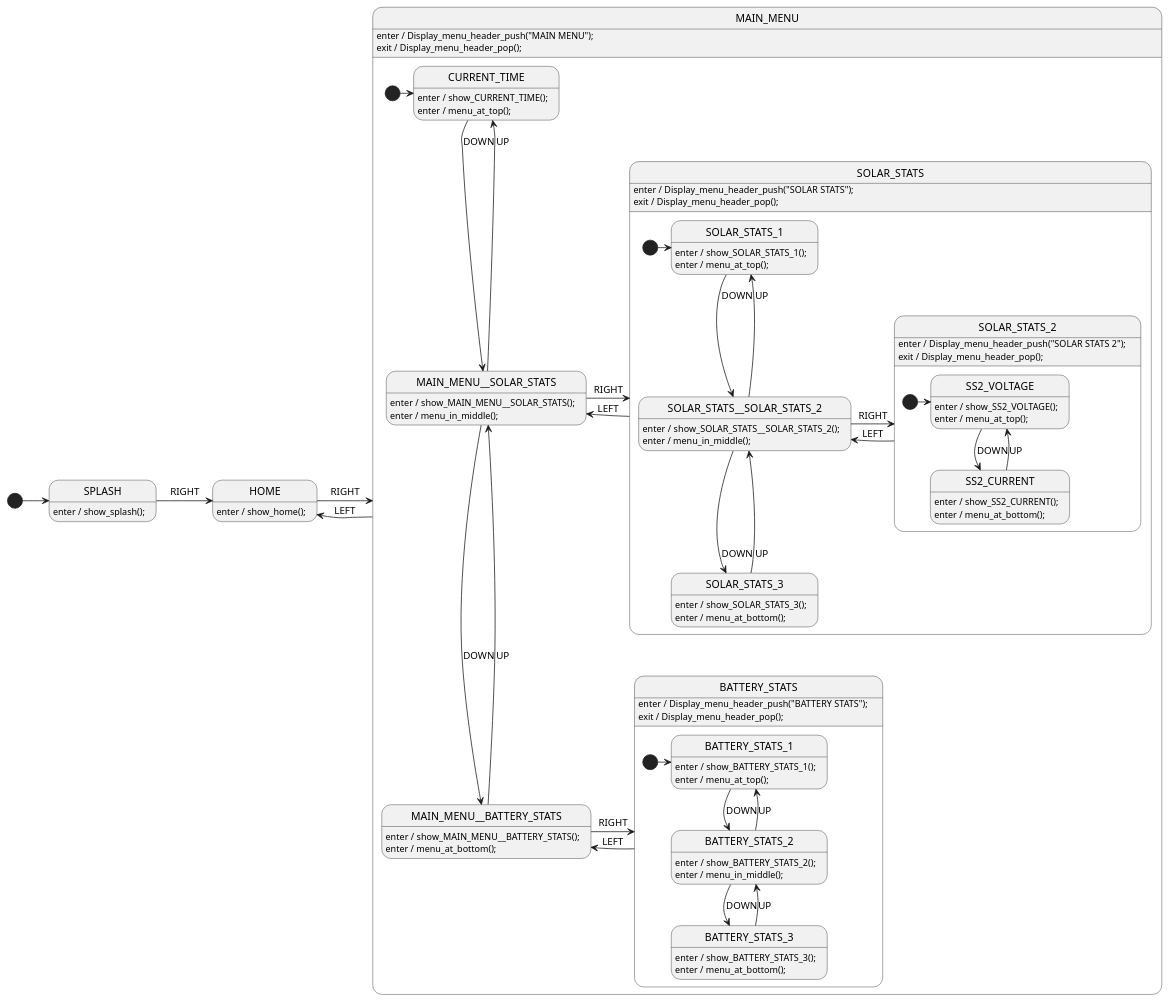
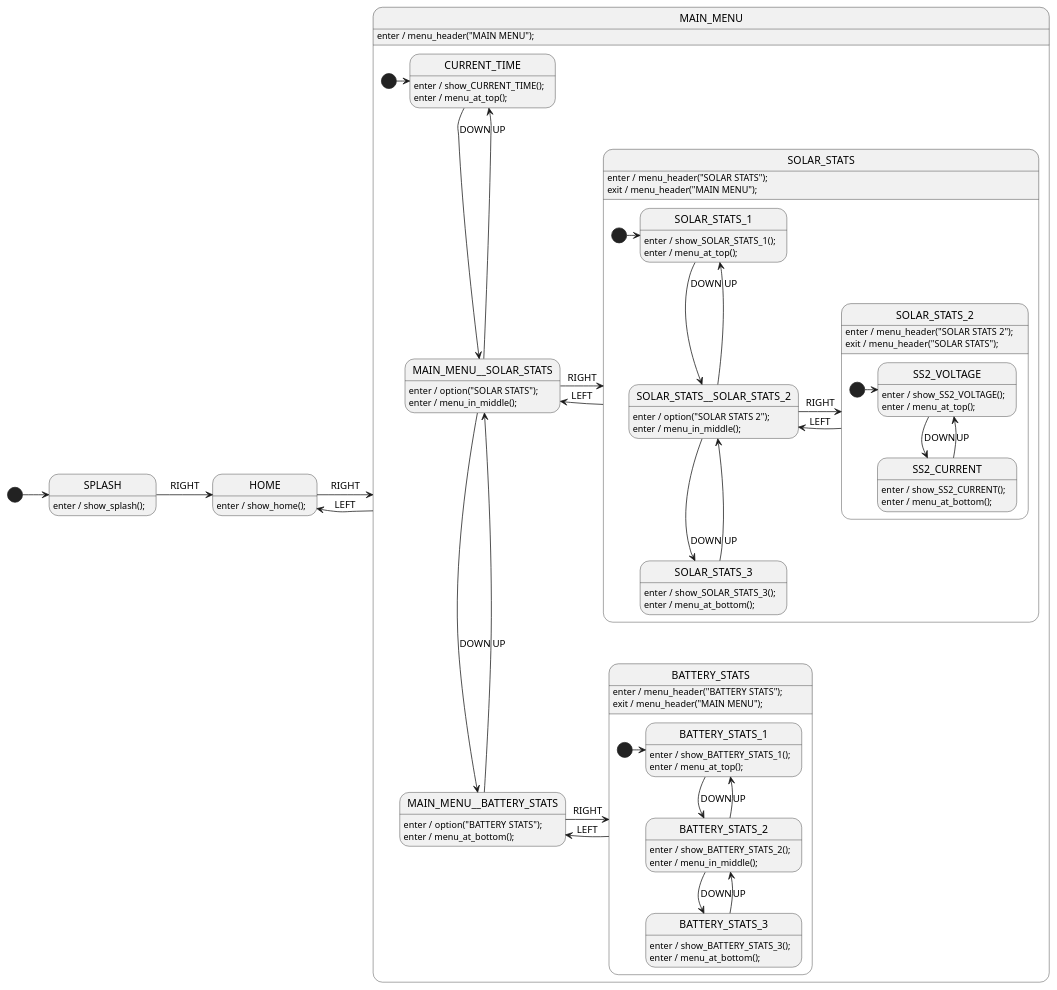
One commit to adamfk/menu-gen-1 changed the diagram in examples/1/SolarUiSm.plantuml. Above: the diagram before and after it, drawn with PlantUML. The commit also changed 1 other file, not shown here.

Commit message:
menu header and options

```diff
--- a/examples/1/SolarUiSm.plantuml
+++ b/examples/1/SolarUiSm.plantuml
@@ -1,135 +1,134 @@
 @startuml SolarUiSm
 
 ' //////////////////////// STATE ORGANIZATION ///////////////////////
 ' Note: StateSmith treats state names and events as case insensitive.
 ' More info: https://github.com/StateSmith/StateSmith/wiki/PlantUML
 
 state SPLASH
 state HOME
 
 
 
 ' !!!!!!!!!!!!!!!!!!!!!!!!!!!!!!!!!!!!!!!! GEN START !!!!!!!!!!!!!!!!!!!!!!!!!!!!!!!!!!!!!!!!
 
 
 state MAIN_MENU {
     [*] -> CURRENT_TIME
     state CURRENT_TIME
     state MAIN_MENU__SOLAR_STATS
     state MAIN_MENU__BATTERY_STATS
 
     state SOLAR_STATS {
         [*] -> SOLAR_STATS_1
         state SOLAR_STATS_1
         state SOLAR_STATS__SOLAR_STATS_2
         state SOLAR_STATS_3
 
         state SOLAR_STATS_2 {
             [*] -> SS2_VOLTAGE
             state SS2_VOLTAGE
             state SS2_CURRENT
         }
     }
     state BATTERY_STATS {
         [*] -> BATTERY_STATS_1
         state BATTERY_STATS_1
         state BATTERY_STATS_2
         state BATTERY_STATS_3
     }
 }
 
 ' MAIN_MENU
 CURRENT_TIME -down-> MAIN_MENU__SOLAR_STATS : DOWN
 MAIN_MENU__SOLAR_STATS -down-> MAIN_MENU__BATTERY_STATS : DOWN
 MAIN_MENU__BATTERY_STATS -up-> MAIN_MENU__SOLAR_STATS : UP
 MAIN_MENU__SOLAR_STATS -up-> CURRENT_TIME : UP
 
 ' SOLAR_STATS
 MAIN_MENU__SOLAR_STATS -right-> SOLAR_STATS : RIGHT
 SOLAR_STATS -left-> MAIN_MENU__SOLAR_STATS : LEFT
 SOLAR_STATS_1 -down-> SOLAR_STATS__SOLAR_STATS_2 : DOWN
 SOLAR_STATS__SOLAR_STATS_2 -down-> SOLAR_STATS_3 : DOWN
 SOLAR_STATS_3 -up-> SOLAR_STATS__SOLAR_STATS_2 : UP
 SOLAR_STATS__SOLAR_STATS_2 -up-> SOLAR_STATS_1 : UP
 
 ' SOLAR_STATS_2
 SOLAR_STATS__SOLAR_STATS_2 -right-> SOLAR_STATS_2 : RIGHT
 SOLAR_STATS_2 -left-> SOLAR_STATS__SOLAR_STATS_2 : LEFT
 SS2_VOLTAGE -down-> SS2_CURRENT : DOWN
 SS2_CURRENT -up-> SS2_VOLTAGE : UP
 
 ' BATTERY_STATS
 MAIN_MENU__BATTERY_STATS -right-> BATTERY_STATS : RIGHT
 BATTERY_STATS -left-> MAIN_MENU__BATTERY_STATS : LEFT
 BATTERY_STATS_1 -down-> BATTERY_STATS_2 : DOWN
 BATTERY_STATS_2 -down-> BATTERY_STATS_3 : DOWN
 BATTERY_STATS_3 -up-> BATTERY_STATS_2 : UP
 BATTERY_STATS_2 -up-> BATTERY_STATS_1 : UP
 
 
 'EVENT HANDLERS
-MAIN_MENU: enter / Display_menu_header_push("MAIN MENU");
-MAIN_MENU: exit / Display_menu_header_pop();
+MAIN_MENU: enter / menu_header("MAIN MENU");
 CURRENT_TIME: enter / show_CURRENT_TIME();
-SOLAR_STATS: enter / Display_menu_header_push("SOLAR STATS");
-SOLAR_STATS: exit / Display_menu_header_pop();
-MAIN_MENU__SOLAR_STATS: enter / show_MAIN_MENU__SOLAR_STATS();
+SOLAR_STATS: enter / menu_header("SOLAR STATS");
+SOLAR_STATS: exit / menu_header("MAIN MENU");
+MAIN_MENU__SOLAR_STATS: enter / option("SOLAR STATS");
 SOLAR_STATS_1: enter / show_SOLAR_STATS_1();
-SOLAR_STATS_2: enter / Display_menu_header_push("SOLAR STATS 2");
-SOLAR_STATS_2: exit / Display_menu_header_pop();
-SOLAR_STATS__SOLAR_STATS_2: enter / show_SOLAR_STATS__SOLAR_STATS_2();
+SOLAR_STATS_2: enter / menu_header("SOLAR STATS 2");
+SOLAR_STATS_2: exit / menu_header("SOLAR STATS");
+SOLAR_STATS__SOLAR_STATS_2: enter / option("SOLAR STATS 2");
 SS2_VOLTAGE: enter / show_SS2_VOLTAGE();
 SS2_CURRENT: enter / show_SS2_CURRENT();
 SOLAR_STATS_3: enter / show_SOLAR_STATS_3();
-BATTERY_STATS: enter / Display_menu_header_push("BATTERY STATS");
-BATTERY_STATS: exit / Display_menu_header_pop();
-MAIN_MENU__BATTERY_STATS: enter / show_MAIN_MENU__BATTERY_STATS();
+BATTERY_STATS: enter / menu_header("BATTERY STATS");
+BATTERY_STATS: exit / menu_header("MAIN MENU");
+MAIN_MENU__BATTERY_STATS: enter / option("BATTERY STATS");
 BATTERY_STATS_1: enter / show_BATTERY_STATS_1();
 BATTERY_STATS_2: enter / show_BATTERY_STATS_2();
 BATTERY_STATS_3: enter / show_BATTERY_STATS_3();
 
 
 'MENU POSITION HANDLERS
 CURRENT_TIME: enter / menu_at_top();
 MAIN_MENU__SOLAR_STATS: enter / menu_in_middle();
 MAIN_MENU__BATTERY_STATS: enter / menu_at_bottom();
 SOLAR_STATS_1: enter / menu_at_top();
 SOLAR_STATS__SOLAR_STATS_2: enter / menu_in_middle();
 SOLAR_STATS_3: enter / menu_at_bottom();
 SS2_VOLTAGE: enter / menu_at_top();
 SS2_CURRENT: enter / menu_at_bottom();
 BATTERY_STATS_1: enter / menu_at_top();
 BATTERY_STATS_2: enter / menu_in_middle();
 BATTERY_STATS_3: enter / menu_at_bottom();
 
 
 
 ' ^^^^^^^^^^^^^^^^^^^^^^^^^^^^^^^^^^^^^^^^ GEN END ^^^^^^^^^^^^^^^^^^^^^^^^^^^^^^^^^^^^^^^^
 
 [*] -> SPLASH
 
 SPLASH -right-> HOME: RIGHT
 
 HOME -right-> MAIN_MENU: RIGHT
 MAIN_MENU -left-> HOME: LEFT
 
 
 SPLASH: enter / show_splash();
 HOME: enter / show_home();
 
 
 ' //////////////////////// StateSmith config ////////////////////////
 ' The below special comment block sets the StateSmith configuration.
 ' More info: https://github.com/StateSmith/StateSmith/issues/335
 
 /'! $CONFIG : toml
 [SmRunnerSettings]
 transpilerId = "C99"
 
 [RenderConfig.C]
 CFileExtension = ".cpp"
 CFileIncludes = """
     #include "display.h"
     """
 '/
 @enduml
```
